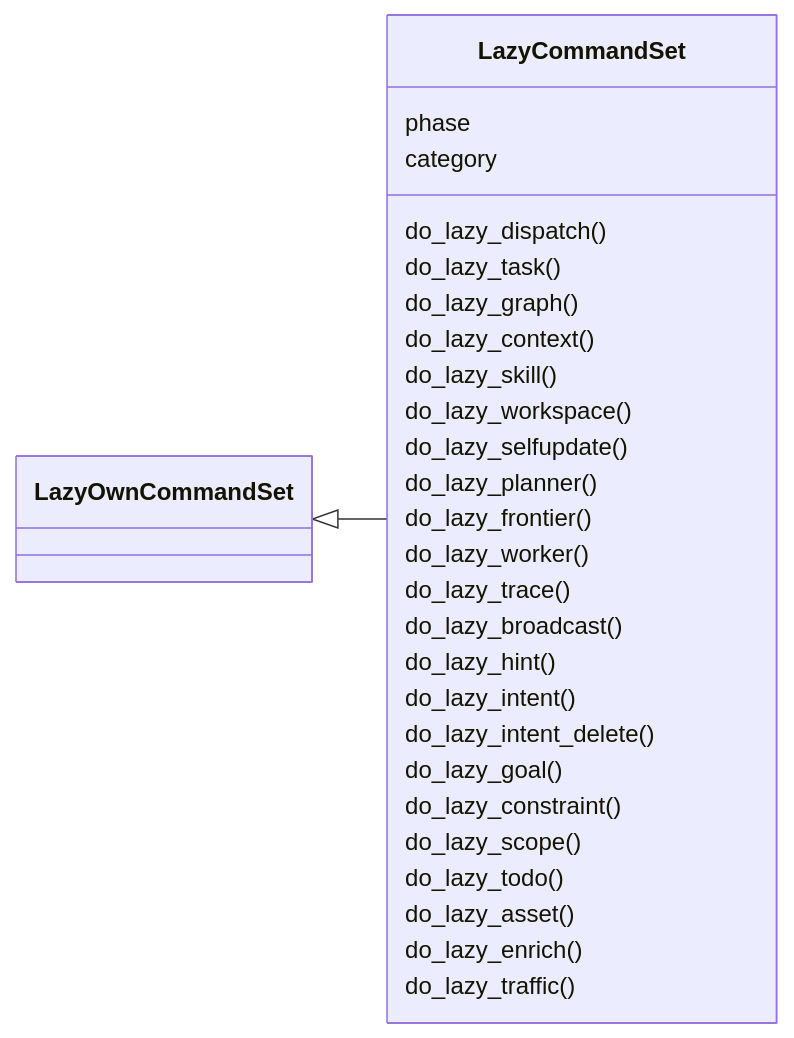
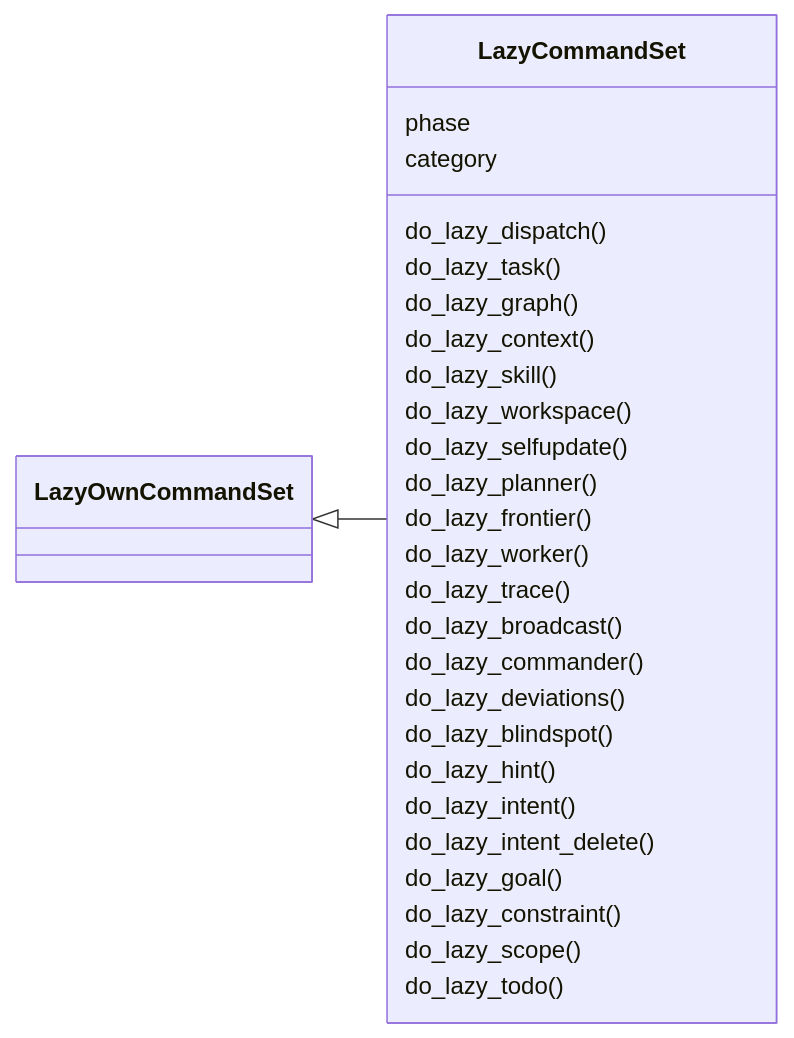
One commit to grisuno/LazyOwn changed the first of 2 diagrams in readmenator-apidocs/modules/cli.commands.lazyops.py.md. Above: the diagram before and after it, drawn with Mermaid. The commit also changed other lines of this file and 464 other files, not shown here.

````diff
--- a/readmenator-apidocs/modules/cli.commands.lazyops.py.md
+++ b/readmenator-apidocs/modules/cli.commands.lazyops.py.md
@@ -25,31 +25,31 @@
 ```mermaid
 classDiagram
     direction LR
     class LazyCommandSet
     LazyCommandSet : phase
     LazyCommandSet : category
     LazyCommandSet : do_lazy_dispatch()
     LazyCommandSet : do_lazy_task()
     LazyCommandSet : do_lazy_graph()
     LazyCommandSet : do_lazy_context()
     LazyCommandSet : do_lazy_skill()
     LazyCommandSet : do_lazy_workspace()
     LazyCommandSet : do_lazy_selfupdate()
     LazyCommandSet : do_lazy_planner()
     LazyCommandSet : do_lazy_frontier()
     LazyCommandSet : do_lazy_worker()
     LazyCommandSet : do_lazy_trace()
     LazyCommandSet : do_lazy_broadcast()
+    LazyCommandSet : do_lazy_commander()
+    LazyCommandSet : do_lazy_deviations()
+    LazyCommandSet : do_lazy_blindspot()
     LazyCommandSet : do_lazy_hint()
     LazyCommandSet : do_lazy_intent()
     LazyCommandSet : do_lazy_intent_delete()
     LazyCommandSet : do_lazy_goal()
     LazyCommandSet : do_lazy_constraint()
     LazyCommandSet : do_lazy_scope()
     LazyCommandSet : do_lazy_todo()
-    LazyCommandSet : do_lazy_asset()
-    LazyCommandSet : do_lazy_enrich()
-    LazyCommandSet : do_lazy_traffic()
     class LazyOwnCommandSet
     LazyOwnCommandSet <|-- LazyCommandSet
 ```
````
